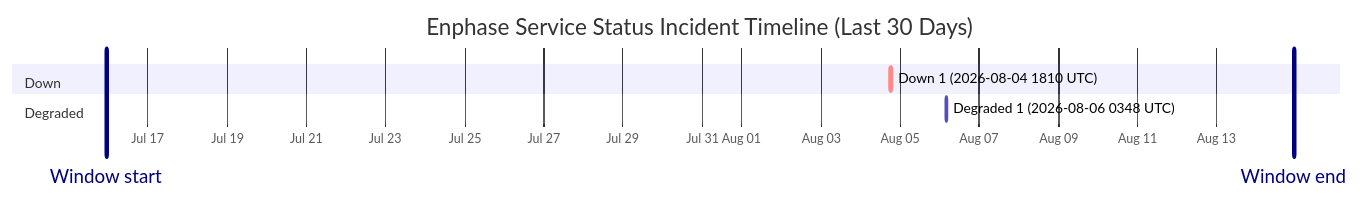
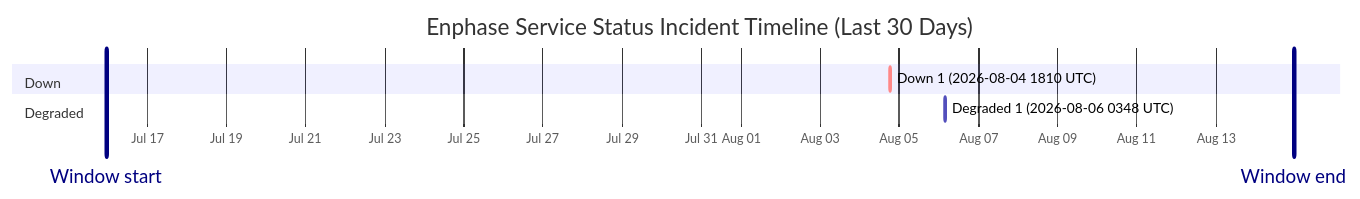
One commit to barneyonline/ha-enphase-energy changed the diagram in wiki/Service-Status-History.md. Above: the diagram before and after it, drawn with Mermaid. The commit also changed other lines of this file and 3 other files, not shown here.

````diff
--- a/wiki/Service-Status-History.md
+++ b/wiki/Service-Status-History.md
@@ -14,12 +14,12 @@
 ```mermaid
 gantt
     title Enphase Service Status Incident Timeline (Last 30 Days)
     dateFormat  YYYY-MM-DDTHH:mm:ss
     axisFormat  %b %d
-    Window start :vert, window-start, 2026-07-15T22:48:59, 0ms
-    Window end :vert, window-end, 2026-08-14T22:48:59, 0ms
+    Window start :vert, window-start, 2026-07-15T23:19:41, 0ms
+    Window end :vert, window-end, 2026-08-14T23:19:41, 0ms
     section Down
     Down 1 (2026-08-04 1810 UTC) :crit, down-1, 2026-08-04T18:10:46, 60m
     section Degraded
     Degraded 1 (2026-08-06 0348 UTC) :active, degraded-1, 2026-08-06T03:48:14, 60m
 ```
````
